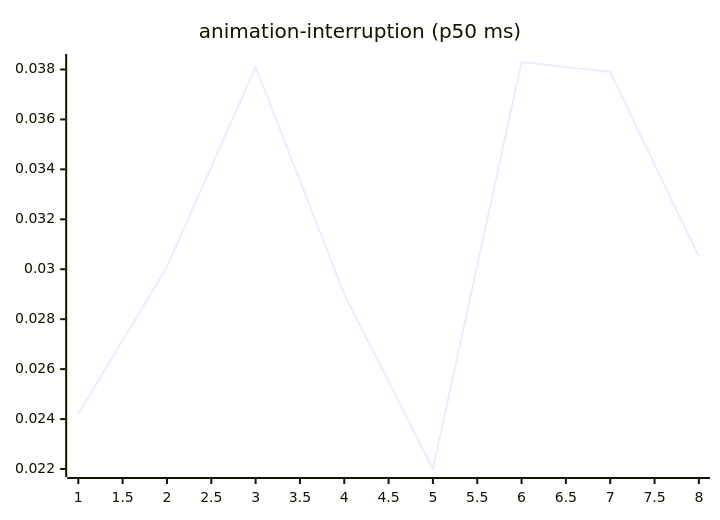
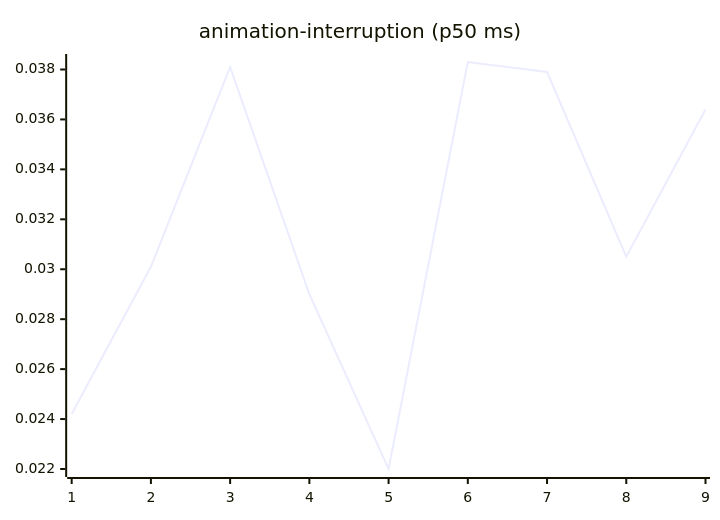
The third of 27 diagrams in README.md (josha/Facet), drawn with Mermaid before and after one commit. The commit also changed other lines of this file and 2 other files, not shown here.

````diff
--- a/README.md
+++ b/README.md
@@ -77,6 +77,6 @@
 ```mermaid
 xychart-beta
     title "animation-interruption (p50 ms)"
-    x-axis 1 --> 8
-    line [0.0242, 0.0301, 0.0381, 0.0290, 0.0220, 0.0383, 0.0379, 0.0305]
+    x-axis 1 --> 9
+    line [0.0242, 0.0301, 0.0381, 0.0290, 0.0220, 0.0383, 0.0379, 0.0305, 0.0364]
 ```
````
